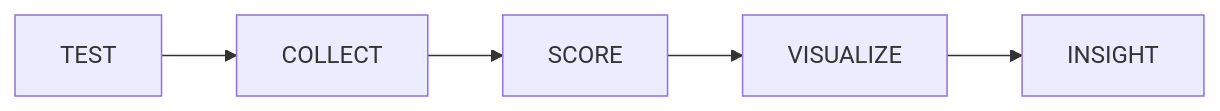
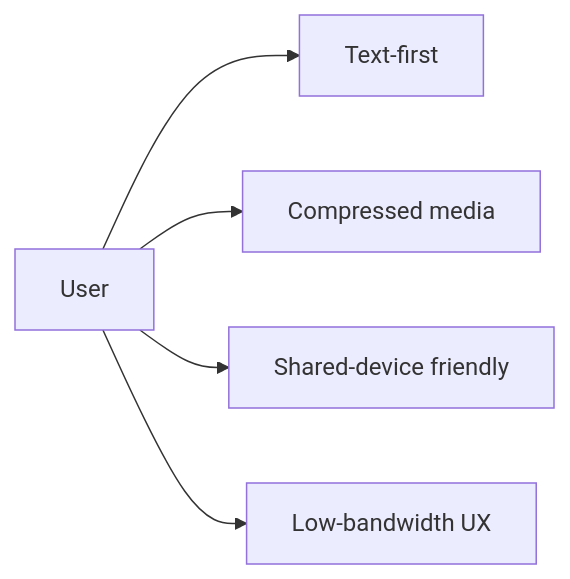
Diagram 20 of 23 in README.md (mahik2007/hackathon), drawn with Mermaid before and after one commit. The commit also changed other lines of this file, not shown here.

````diff
--- a/README.md
+++ b/README.md
@@ -343,7 +384,7 @@
 ```mermaid
 flowchart LR
-    T[TEST] --> C[COLLECT]
-    C --> S[SCORE]
-    S --> V[VISUALIZE]
-    V --> I[INSIGHT]
+    U[User] --> T[Text-first]
+    U --> C[Compressed media]
+    U --> S[Shared-device friendly]
+    U --> L[Low-bandwidth UX]
 ```
````
